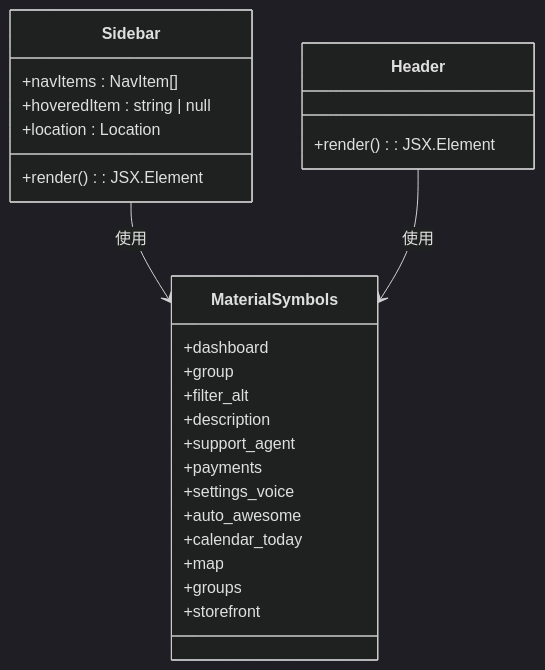
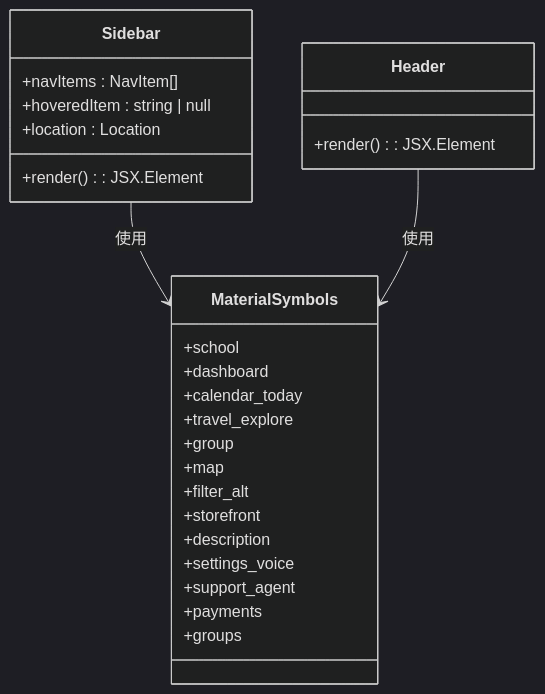
The sixth of 15 diagrams in .qoder/repowiki/zh/content/核心组件/导航组件 (Sidebar).md (xianjianshenqu/SalesFlow-CRM), drawn with Mermaid (dark theme) before and after one commit. The commit also changed other lines of this file and 11 other files, not shown here.

````diff
--- a/.qoder/repowiki/zh/content/核心组件/导航组件 (Sidebar).md
+++ b/.qoder/repowiki/zh/content/核心组件/导航组件 (Sidebar).md
@@ -329,28 +341,29 @@
 ```mermaid
 classDiagram
 class MaterialSymbols {
++school
 +dashboard
++calendar_today
++travel_explore
 +group
++map
 +filter_alt
++storefront
 +description
++settings_voice
 +support_agent
 +payments
-+settings_voice
-+auto_awesome
-+calendar_today
-+map
 +groups
-+storefront
 }
 class Sidebar {
 +navItems : NavItem[]
 +hoveredItem : string | null
 +location : Location
 +render() : JSX.Element
 }
 class Header {
 +render() : JSX.Element
 }
 Sidebar --> MaterialSymbols : 使用
 Header --> MaterialSymbols : 使用
 ```
````
